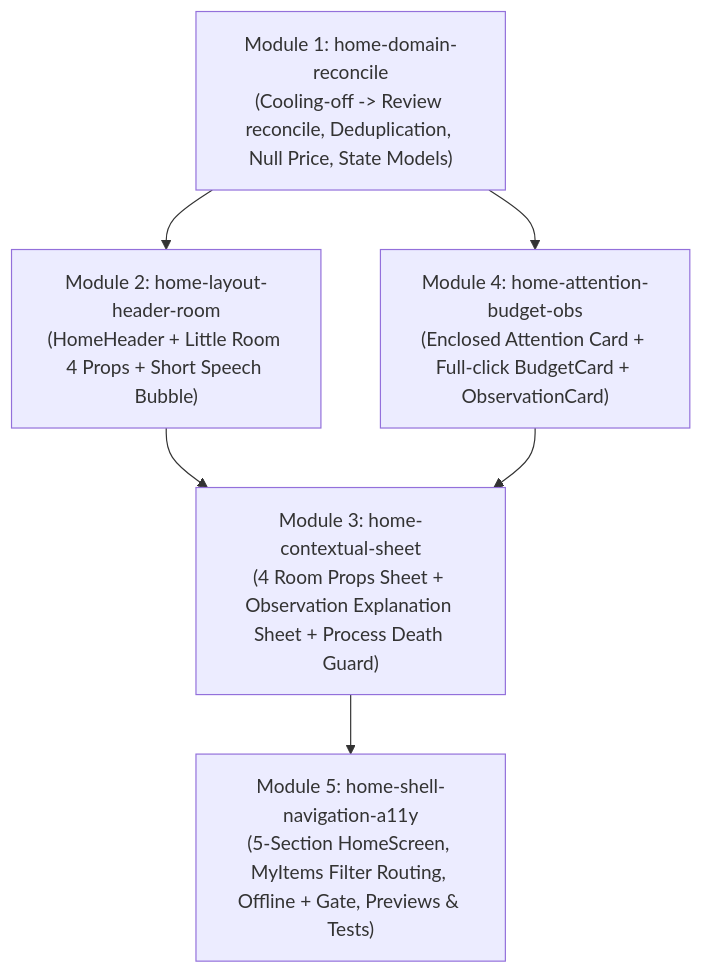
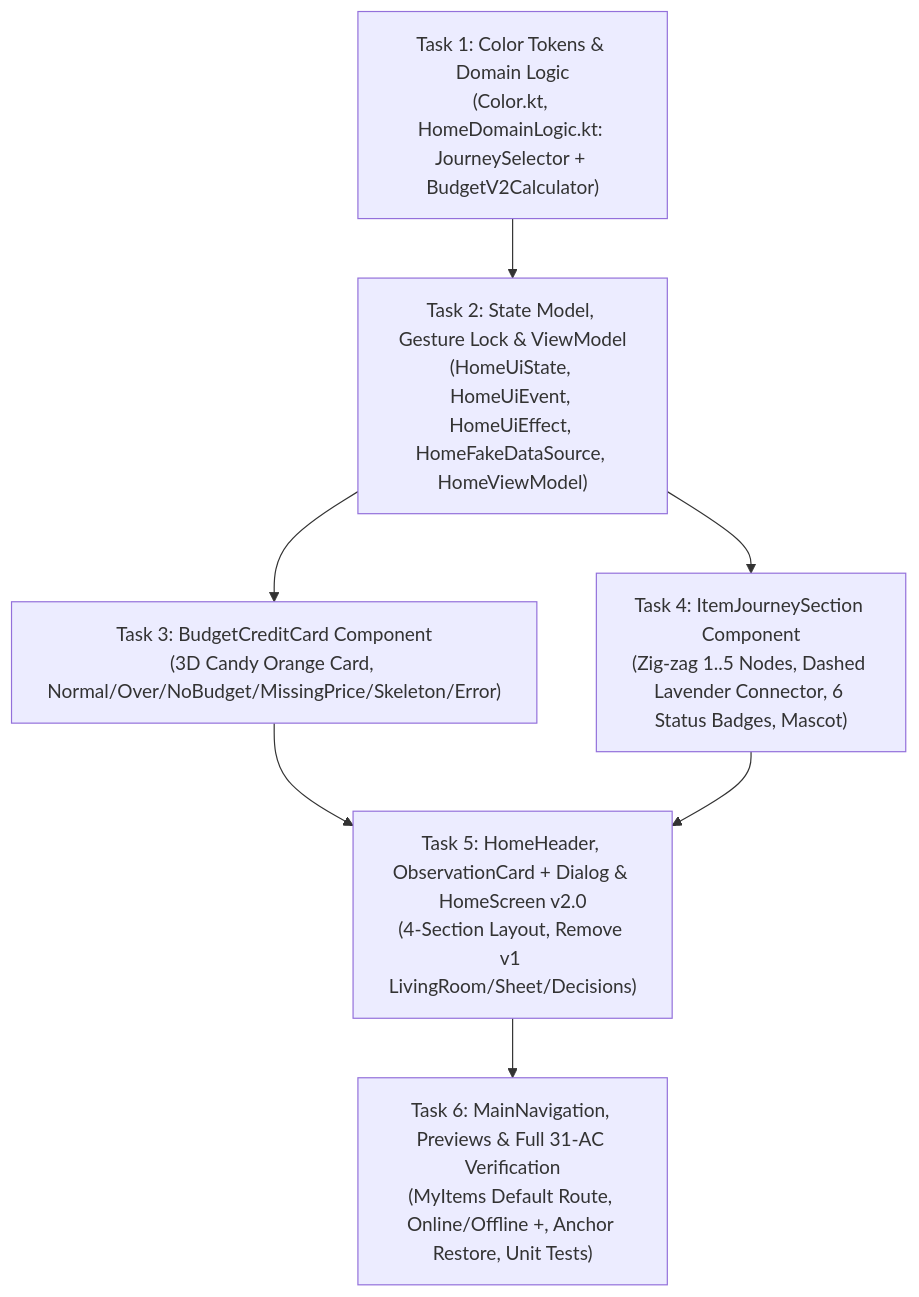
The diagram in tasks/plan.md (buihuyhoaf/chanko), drawn with Mermaid before and after one commit. The commit also changed other lines of this file and 5 other files, not shown here.

````diff
--- a/tasks/plan.md
+++ b/tasks/plan.md
@@ -23,14 +22,16 @@
 ```mermaid
 graph TD
-    D["Module 1: home-domain-reconcile<br/>(Cooling-off -> Review reconcile, Deduplication, Null Price, State Models)"]
-    R["Module 2: home-layout-header-room<br/>(HomeHeader + Little Room 4 Props + Short Speech Bubble)"]
-    A["Module 4: home-attention-budget-obs<br/>(Enclosed Attention Card + Full-click BudgetCard + ObservationCard)"]
-    S["Module 3: home-contextual-sheet<br/>(4 Room Props Sheet + Observation Explanation Sheet + Process Death Guard)"]
-    N["Module 5: home-shell-navigation-a11y<br/>(5-Section HomeScreen, MyItems Filter Routing, Offline + Gate, Previews & Tests)"]
+    T["Task 1: Color Tokens & Domain Logic<br/>(Color.kt, HomeDomainLogic.kt: JourneySelector + BudgetV2Calculator)"]
+    S["Task 2: State Model, Gesture Lock & ViewModel<br/>(HomeUiState, HomeUiEvent, HomeUiEffect, HomeFakeDataSource, HomeViewModel)"]
+    B["Task 3: BudgetCreditCard Component<br/>(3D Candy Orange Card, Normal/Over/NoBudget/MissingPrice/Skeleton/Error)"]
+    J["Task 4: ItemJourneySection Component<br/>(Zig-zag 1..5 Nodes, Dashed Lavender Connector, 6 Status Badges, Mascot)"]
+    H["Task 5: HomeHeader, ObservationCard + Dialog & HomeScreen v2.0<br/>(4-Section Layout, Remove v1 LivingRoom/Sheet/Decisions)"]
+    N["Task 6: MainNavigation, Previews & Full 31-AC Verification<br/>(MyItems Default Route, Online/Offline +, Anchor Restore, Unit Tests)"]
 
-    D --> R
-    D --> A
-    R --> S
-    A --> S
-    S --> N
+    T --> S
+    S --> B
+    S --> J
+    B --> H
+    J --> H
+    H --> N
 ```
````
